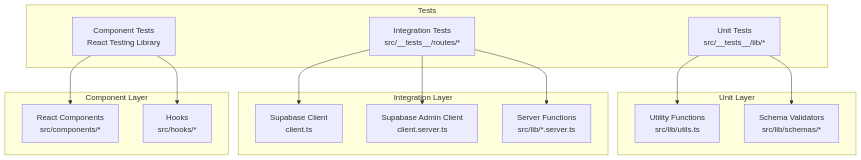
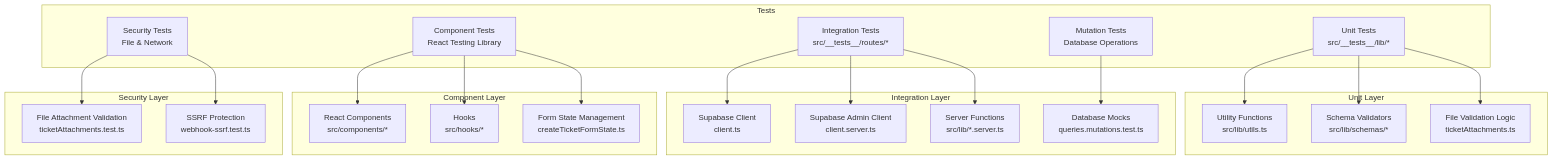
Before and after one commit to gastaldellomarco/pcReady: the second of 11 diagrams in .qoder/repowiki/en/content/Testing Strategy.md, drawn with Mermaid. The commit also changed other lines of this file and 15 other files, not shown here.

````diff
--- a/.qoder/repowiki/en/content/Testing Strategy.md
+++ b/.qoder/repowiki/en/content/Testing Strategy.md
@@ -103,28 +137,42 @@
 ```mermaid
 graph TB
 subgraph "Unit Layer"
 U1["Utility Functions<br/>src/lib/utils.ts"]
 U2["Schema Validators<br/>src/lib/schemas/*"]
+U3["File Validation Logic<br/>ticketAttachments.ts"]
 end
 subgraph "Integration Layer"
 I1["Supabase Client<br/>client.ts"]
 I2["Supabase Admin Client<br/>client.server.ts"]
 I3["Server Functions<br/>src/lib/*.server.ts"]
+I4["Database Mocks<br/>queries.mutations.test.ts"]
 end
 subgraph "Component Layer"
 C1["React Components<br/>src/components/*"]
 C2["Hooks<br/>src/hooks/*"]
+C3["Form State Management<br/>createTicketFormState.ts"]
+end
+subgraph "Security Layer"
+S1["File Attachment Validation<br/>ticketAttachments.test.ts"]
+S2["SSRF Protection<br/>webhook-ssrf.test.ts"]
 end
 subgraph "Tests"
 T1["Unit Tests<br/>src/__tests__/lib/*"]
 T2["Integration Tests<br/>src/__tests__/routes/*"]
 T3["Component Tests<br/>React Testing Library"]
+T4["Security Tests<br/>File & Network"]
+T5["Mutation Tests<br/>Database Operations"]
 end
 T1 --> U1
 T1 --> U2
+T1 --> U3
 T2 --> I1
 T2 --> I2
 T2 --> I3
 T3 --> C1
 T3 --> C2
+T3 --> C3
+T4 --> S1
+T4 --> S2
+T5 --> I4
 ```
````
